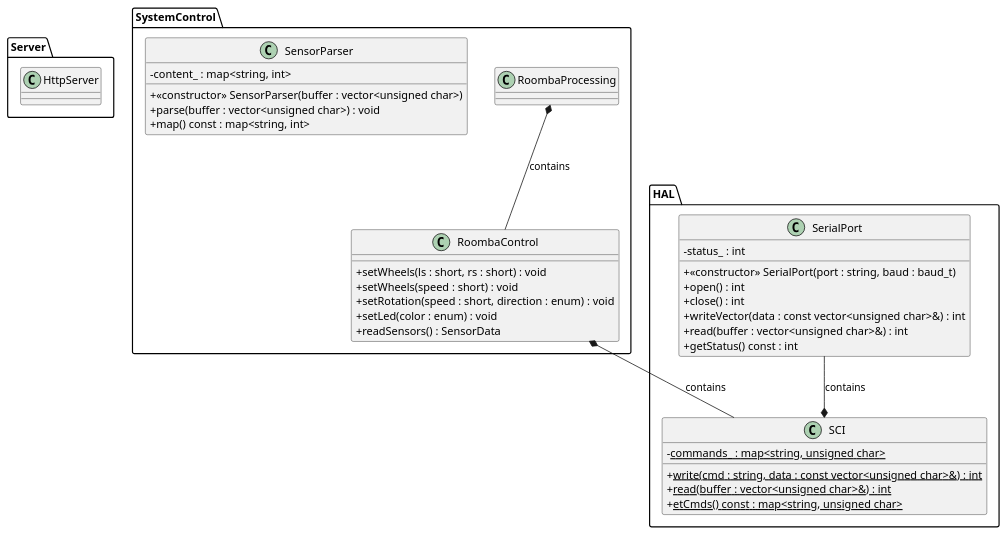
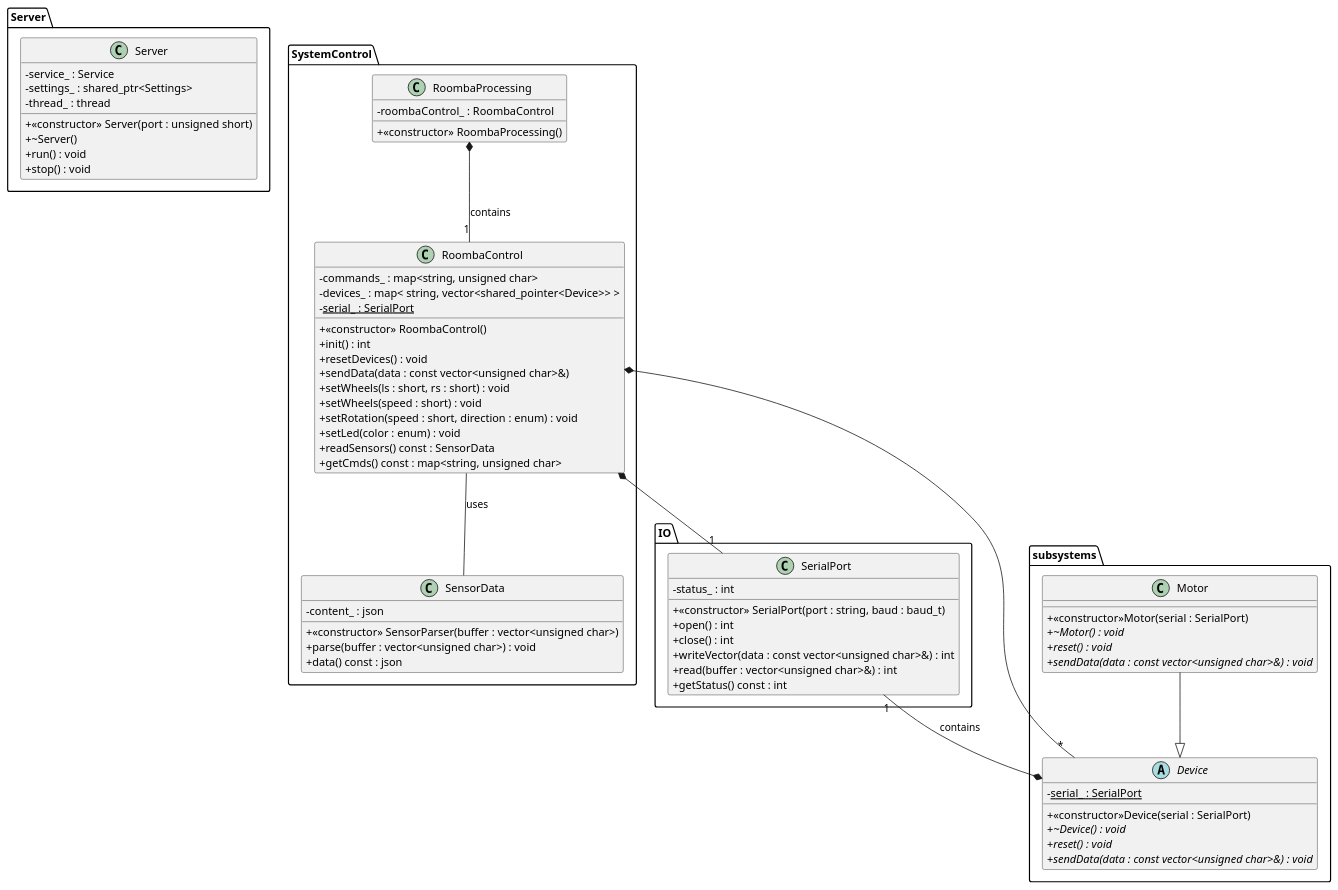
Before and after one commit to VvWijhe/Cleanify: the diagram in UML/class_diagram.puml, drawn with PlantUML. The commit also changed 3 other files, not shown here.

Commit message:
updated uml

```diff
--- a/UML/class_diagram.puml
+++ b/UML/class_diagram.puml
@@ -1,63 +1,94 @@
 @startuml
 
 skinparam classAttributeIconSize 0
 
 package Server {
 
-class HttpServer {
+class Server {
+  + <<constructor>> Server(port : unsigned short)
+  + ~Server()
+  + run() : void
+  + stop() : void
 
+  - service_ : Service
+  - settings_ : shared_ptr<Settings>
+  - thread_ : thread
 }
 
 }
 
 package SystemControl {
 
 class RoombaProcessing {
+  + <<constructor>> RoombaProcessing()
 
+  - roombaControl_ : RoombaControl
 }
 
-class SensorParser {
+class SensorData {
   + <<constructor>> SensorParser(buffer : vector<unsigned char>)
   + parse(buffer : vector<unsigned char>) : void
-  + map() const : map<string, int>
-  - content_ : map<string, int>
+  + data() const : json
+  - content_ : json
 }
 
 class RoombaControl {
+  + <<constructor>> RoombaControl()
+  + init() : int
+  + resetDevices() : void
+  + sendData(data : const vector<unsigned char>&)
   + setWheels(ls : short, rs : short) : void
   + setWheels(speed : short) : void
   + setRotation(speed : short, direction : enum) : void
   + setLed(color : enum) : void
-  + readSensors() : SensorData
+  + readSensors() const : SensorData
+  + getCmds() const : map<string, unsigned char>
+
+  - commands_ : map<string, unsigned char>
+  - devices_ : map< string, vector<shared_pointer<Device>> >
+  - <u>serial_ : SerialPort
 }
 
 }
 
-package HAL {
+package IO {
 
 class SerialPort {
   + <<constructor>> SerialPort(port : string, baud : baud_t)
   + open() : int
   + close() : int
   + writeVector(data : const vector<unsigned char>&) : int
   + read(buffer : vector<unsigned char>&) : int
   + getStatus() const : int
 
   - status_ : int
 }
 
-class SCI {
-  + <u>write(cmd : string, data : const vector<unsigned char>&) : int
-  + <u>read(buffer : vector<unsigned char>&) : int
-  + <u>etCmds() const : map<string, unsigned char>
-
-  - <u>commands_ : map<string, unsigned char>
 }
 
+package subsystems {
+abstract class Device {
+  + <<constructor>>Device(serial : SerialPort)
+  + <i>~Device() : void
+  + <i>reset() : void
+  + <i>sendData(data : const vector<unsigned char>&) : void
+
+  - <u>serial_ : SerialPort
 }
 
-SerialPort --* SCI : contains
-RoombaControl *-- SCI : contains
-RoombaProcessing *-- RoombaControl : contains
+Motor --|> Device
+class Motor {
+  + <<constructor>>Motor(serial : SerialPort)
+  + <i>~Motor() : void
+  + <i>reset() : void
+  + <i>sendData(data : const vector<unsigned char>&) : void
+}
+}
+
+SerialPort "1" --* Device : contains
+RoombaProcessing *-- "1" RoombaControl : contains
+RoombaControl -- SensorData : uses
+RoombaControl *-- "*" Device
+RoombaControl *-- "1" SerialPort
 
 @enduml
```
